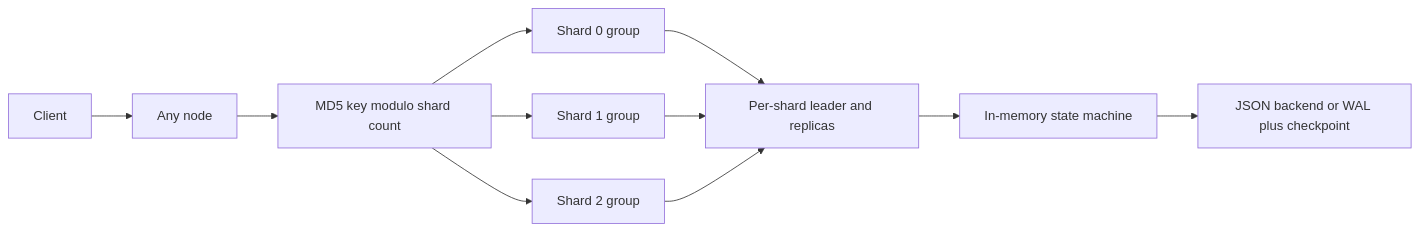
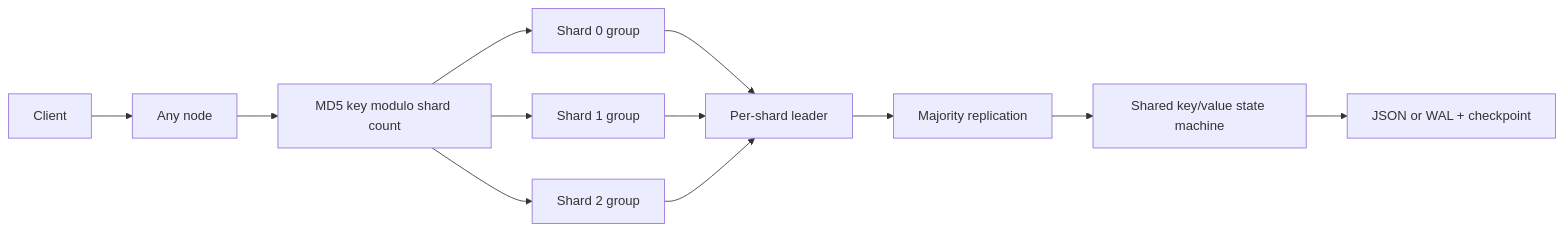
Before and after one commit to 96528025/distributed-kv: the diagram in README.md, drawn with Mermaid. The commit also changed other lines of this file and 3 other files, not shown here.

````diff
--- a/README.md
+++ b/README.md
@@ -32,13 +33,14 @@
 ```mermaid
 flowchart LR
     C[Client] --> N[Any node]
     N --> H[MD5 key modulo shard count]
     H --> S0[Shard 0 group]
     H --> S1[Shard 1 group]
     H --> S2[Shard 2 group]
-    S0 --> R[Per-shard leader and replicas]
-    S1 --> R
-    S2 --> R
-    R --> M[In-memory state machine]
-    M --> P[JSON backend or WAL plus checkpoint]
+    S0 --> L[Per-shard leader]
+    S1 --> L
+    S2 --> L
+    L --> Q[Majority replication]
+    Q --> M[Shared key/value state machine]
+    M --> P[JSON or WAL + checkpoint]
 ```
````
